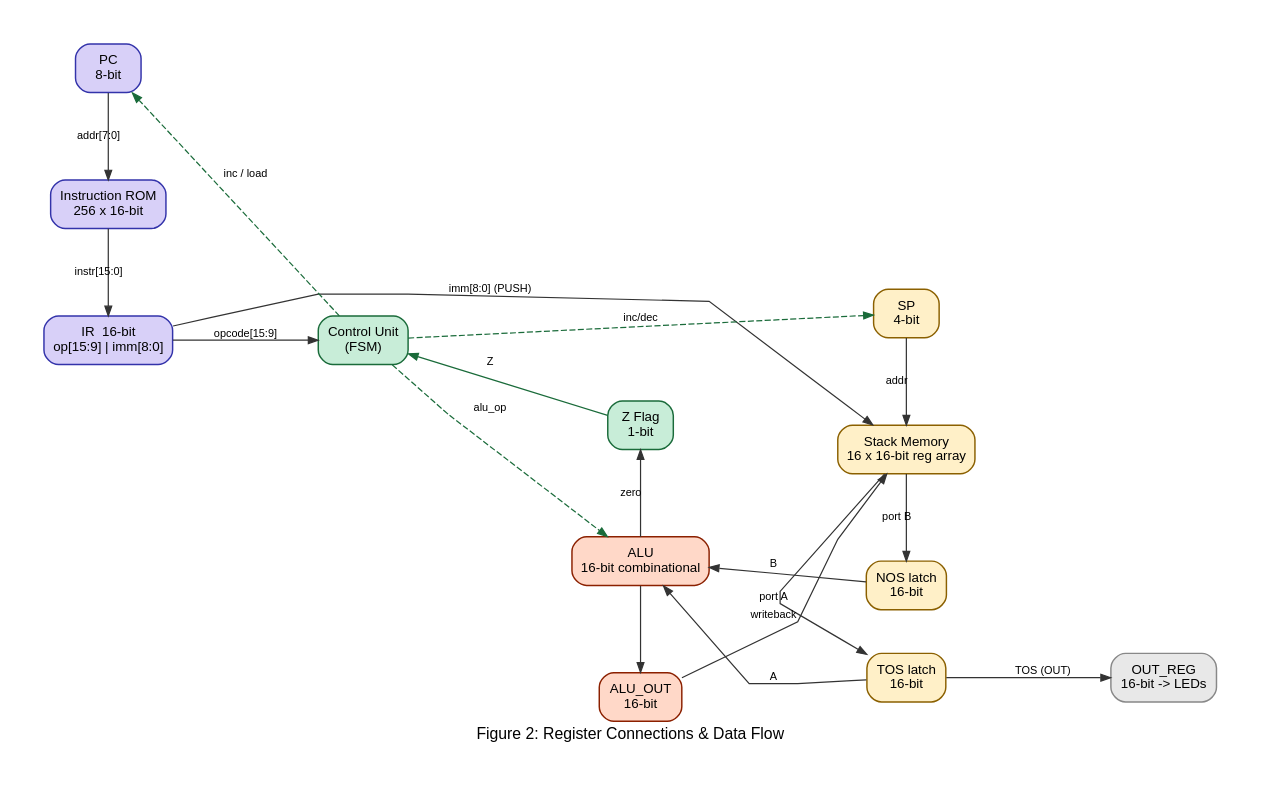
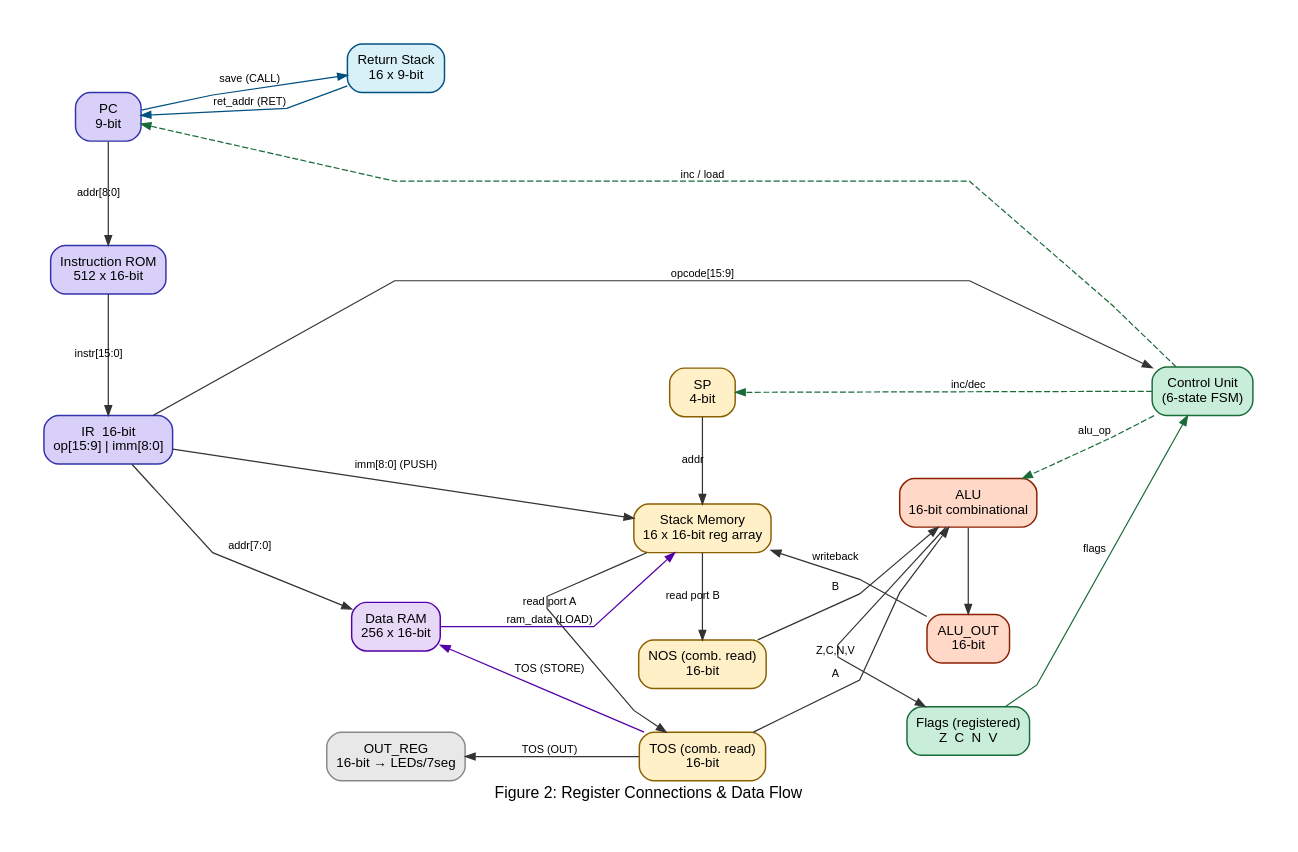
One commit to Faruk982/stack_cpu changed the second of 5 diagrams in report.md. Above: the diagram before and after it, drawn with Graphviz. The commit also changed other lines of this file and 17 other files, not shown here.

````diff
--- a/report.md
+++ b/report.md
@@ -118,45 +136,53 @@
 ```graphviz
 digraph registers {
     graph [rankdir=LR, label="Figure 2: Register Connections & Data Flow", labelloc=b,
            fontname="Arial", fontsize=13, splines=polyline, nodesep=0.5, ranksep=0.9,
            bgcolor=white, pad=0.4]
     node  [fontname="Arial", fontsize=11, shape=box, style="filled,rounded",
            penwidth=1.2, height=0.55]
     edge  [fontname="Arial", fontsize=9, color="#333333", arrowsize=0.8]
 
-    PC    [label="PC\n8-bit", fillcolor="#D8D0F8", color="#3333AA"]
-    ROM   [label="Instruction ROM\n256 x 16-bit", fillcolor="#D8D0F8", color="#3333AA"]
+    PC    [label="PC\n9-bit", fillcolor="#D8D0F8", color="#3333AA"]
+    ROM   [label="Instruction ROM\n512 x 16-bit", fillcolor="#D8D0F8", color="#3333AA"]
     IR    [label="IR  16-bit\nop[15:9] | imm[8:0]", fillcolor="#D8D0F8", color="#3333AA"]
-    CU    [label="Control Unit\n(FSM)", fillcolor="#C8EDD8", color="#1a6b3a"]
+    CU    [label="Control Unit\n(6-state FSM)", fillcolor="#C8EDD8", color="#1a6b3a"]
     SP    [label="SP\n4-bit", fillcolor="#FFF0C8", color="#8B6000"]
     SMEM  [label="Stack Memory\n16 x 16-bit reg array", fillcolor="#FFF0C8", color="#8B6000"]
-    TOS   [label="TOS latch\n16-bit", fillcolor="#FFF0C8", color="#8B6000"]
-    NOS   [label="NOS latch\n16-bit", fillcolor="#FFF0C8", color="#8B6000"]
+    TOS   [label="TOS (comb. read)\n16-bit", fillcolor="#FFF0C8", color="#8B6000"]
+    NOS   [label="NOS (comb. read)\n16-bit", fillcolor="#FFF0C8", color="#8B6000"]
     ALU   [label="ALU\n16-bit combinational", fillcolor="#FFD8C8", color="#8B2000"]
-    ZFLAG [label="Z Flag\n1-bit", fillcolor="#C8EDD8", color="#1a6b3a"]
+    FLAGS [label="Flags (registered)\nZ  C  N  V", fillcolor="#C8EDD8", color="#1a6b3a"]
     ALUOUT[label="ALU_OUT\n16-bit", fillcolor="#FFD8C8", color="#8B2000"]
-    OUTREG[label="OUT_REG\n16-bit -> LEDs", fillcolor="#E8E8E8", color="#888888"]
+    RSTK  [label="Return Stack\n16 x 9-bit", fillcolor="#D8F0F8", color="#005080"]
+    DRAM  [label="Data RAM\n256 x 16-bit", fillcolor="#E8D8F8", color="#5500AA"]
+    OUTREG[label="OUT_REG\n16-bit → LEDs/7seg", fillcolor="#E8E8E8", color="#888888"]
 
-    PC    -> ROM    [label="addr[7:0]"]
+    PC    -> ROM    [label="addr[8:0]"]
     ROM   -> IR     [label="instr[15:0]"]
     IR    -> CU     [label="opcode[15:9]"]
     IR    -> SMEM   [label="imm[8:0] (PUSH)"]
+    IR    -> DRAM   [label="addr[7:0]"]
     CU    -> PC     [label="inc / load", style=dashed, color="#1a6b3a"]
     CU    -> SP     [label="inc/dec", style=dashed, color="#1a6b3a"]
     SP    -> SMEM   [label="addr"]
-    SMEM  -> TOS    [label="port A"]
-    SMEM  -> NOS    [label="port B"]
+    SMEM  -> TOS    [label="read port A"]
+    SMEM  -> NOS    [label="read port B"]
     TOS   -> ALU    [label="A"]
     NOS   -> ALU    [label="B"]
     CU    -> ALU    [label="alu_op", style=dashed, color="#1a6b3a"]
-    ALU   -> ZFLAG  [label="zero"]
+    ALU   -> FLAGS  [label="Z,C,N,V"]
     ALU   -> ALUOUT
-    ZFLAG -> CU     [label="Z", color="#1a6b3a"]
+    FLAGS -> CU     [label="flags", color="#1a6b3a"]
     ALUOUT -> SMEM  [label="writeback"]
     TOS    -> OUTREG [label="TOS (OUT)"]
+    TOS    -> DRAM   [label="TOS (STORE)", color="#5500AA"]
+    DRAM   -> SMEM   [label="ram_data (LOAD)", color="#5500AA"]
+    PC     -> RSTK   [label="save (CALL)", color="#005080"]
+    RSTK   -> PC     [label="ret_addr (RET)", color="#005080"]
 
     { rank=same; PC; ROM; IR }
     { rank=same; SP; SMEM; TOS; NOS }
-    { rank=same; ALU; ALUOUT; ZFLAG }
+    { rank=same; ALU; ALUOUT; FLAGS }
+    { rank=same; RSTK; DRAM; OUTREG }
 }
 ```
````
